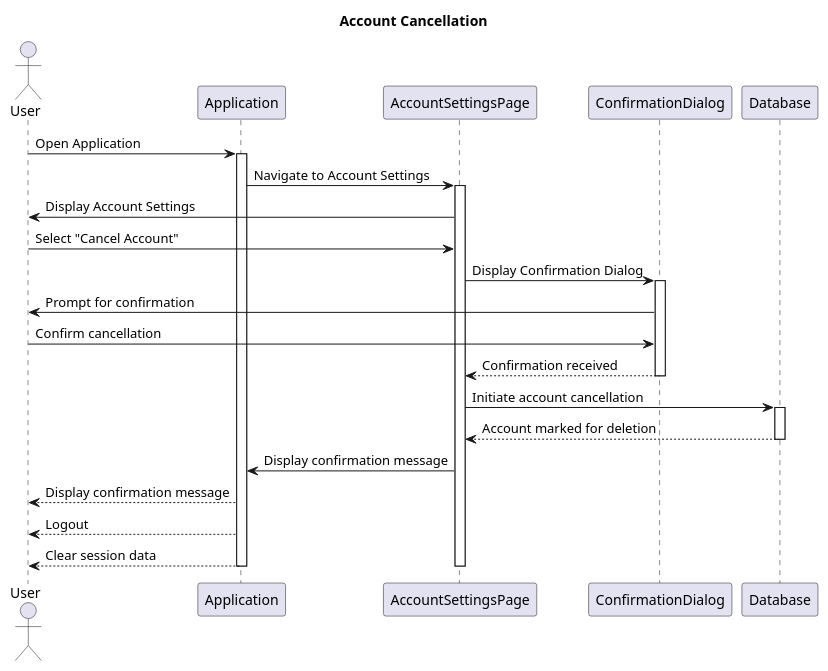
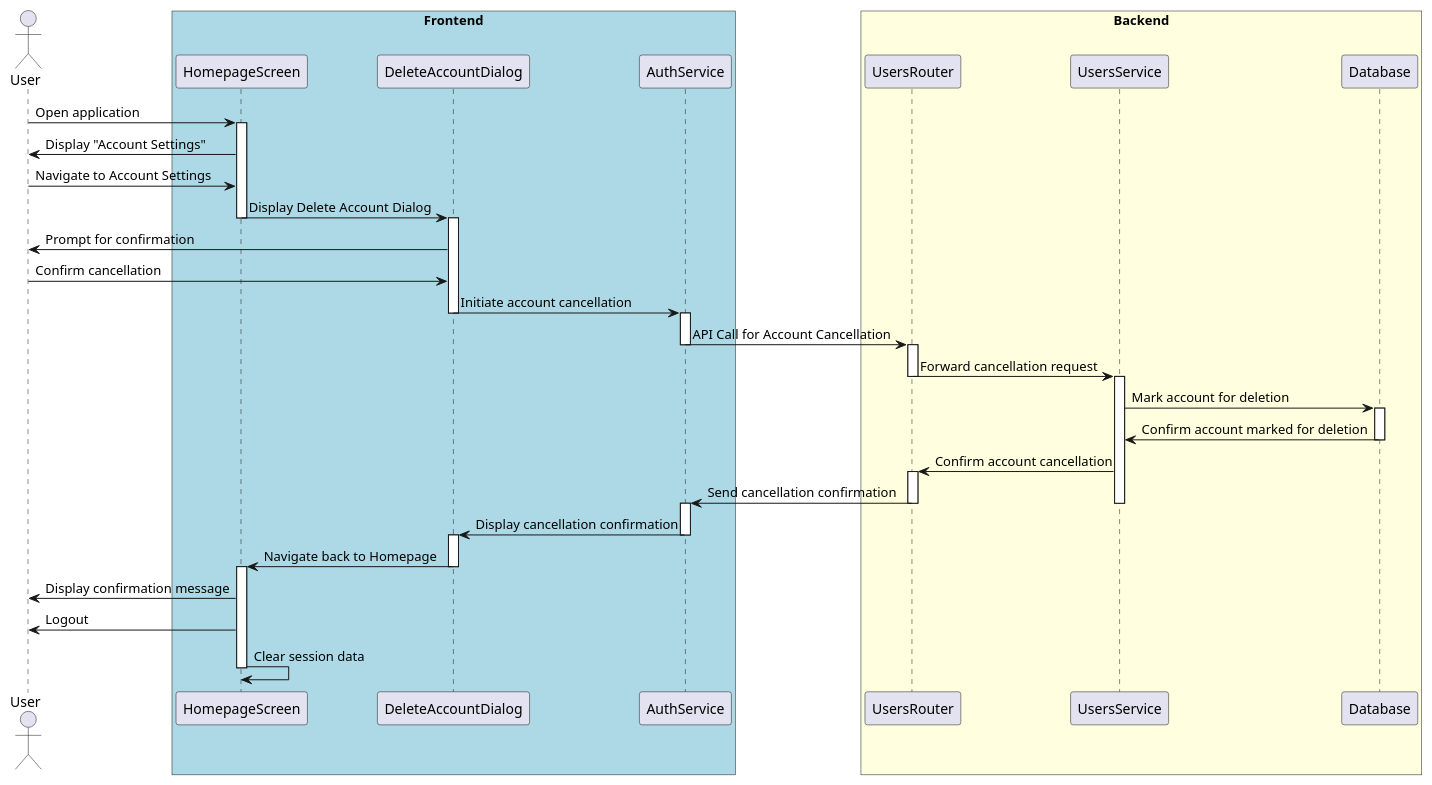
One commit to LucaciuTabita/Thesis changed the diagram in backend/fastApiProject/Diagrams/Sequence Diagram - Account Cancellation.puml. Above: the diagram before and after it, drawn with PlantUML. The commit also changed 18 other files, not shown here.

Commit message:
Diagrams updated

```diff
--- a/backend/fastApiProject/Diagrams/Sequence Diagram - Account Cancellation.puml
+++ b/backend/fastApiProject/Diagrams/Sequence Diagram - Account Cancellation.puml
@@ -1,33 +1,56 @@
 @startuml
-title Account Cancellation
 
 actor User
-participant Application
-participant AccountSettingsPage
-participant ConfirmationDialog
-participant Database
 
-User -> Application: Open Application
-activate Application
-Application -> AccountSettingsPage: Navigate to Account Settings
-activate AccountSettingsPage
-AccountSettingsPage -> User: Display Account Settings
-User -> AccountSettingsPage: Select "Cancel Account"
-AccountSettingsPage -> ConfirmationDialog: Display Confirmation Dialog
-activate ConfirmationDialog
-ConfirmationDialog -> User: Prompt for confirmation
-User -> ConfirmationDialog: Confirm cancellation
-ConfirmationDialog --> AccountSettingsPage: Confirmation received
-deactivate ConfirmationDialog
-AccountSettingsPage -> Database: Initiate account cancellation
-activate Database
-Database --> AccountSettingsPage: Account marked for deletion
-deactivate Database
-AccountSettingsPage -> Application: Display confirmation message
-Application --> User: Display confirmation message
-Application --> User: Logout
-Application --> User: Clear session data
-deactivate AccountSettingsPage
-deactivate Application
+box "Frontend" #LightBlue
+    participant HomepageScreen as HS
+    participant DeleteAccountDialog as DAD
+    participant AuthService as AS
+end box
+
+box "Backend" #LightYellow
+    participant UsersRouter as UR
+    participant UsersService as US
+    participant Database as DB
+end box
+
+User -> HS: Open application
+activate HS
+HS -> User: Display "Account Settings"
+User -> HS: Navigate to Account Settings
+HS -> DAD: Display Delete Account Dialog
+deactivate HS
+activate DAD
+DAD -> User: Prompt for confirmation
+User -> DAD: Confirm cancellation
+DAD -> AS: Initiate account cancellation
+deactivate DAD
+activate AS
+AS -> UR: API Call for Account Cancellation
+deactivate AS
+activate UR
+UR -> US: Forward cancellation request
+deactivate UR
+activate US
+US -> DB: Mark account for deletion
+activate DB
+DB -> US: Confirm account marked for deletion
+deactivate DB
+US -> UR: Confirm account cancellation
+activate UR
+UR -> AS: Send cancellation confirmation
+deactivate US
+deactivate UR
+activate AS
+AS -> DAD: Display cancellation confirmation
+deactivate AS
+activate DAD
+DAD -> HS: Navigate back to Homepage
+deactivate DAD
+activate HS
+HS -> User: Display confirmation message
+HS -> User: Logout
+HS -> HS: Clear session data
+deactivate HS
 
 @enduml
```
